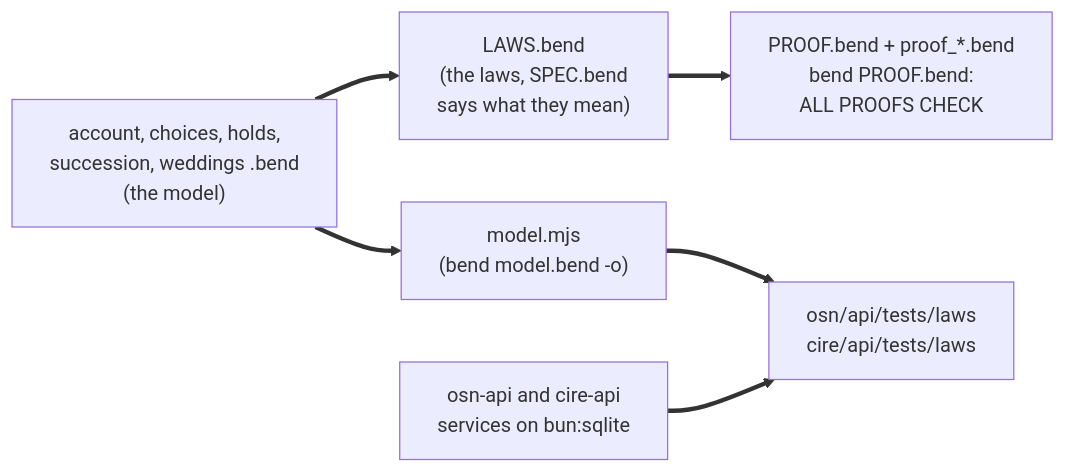
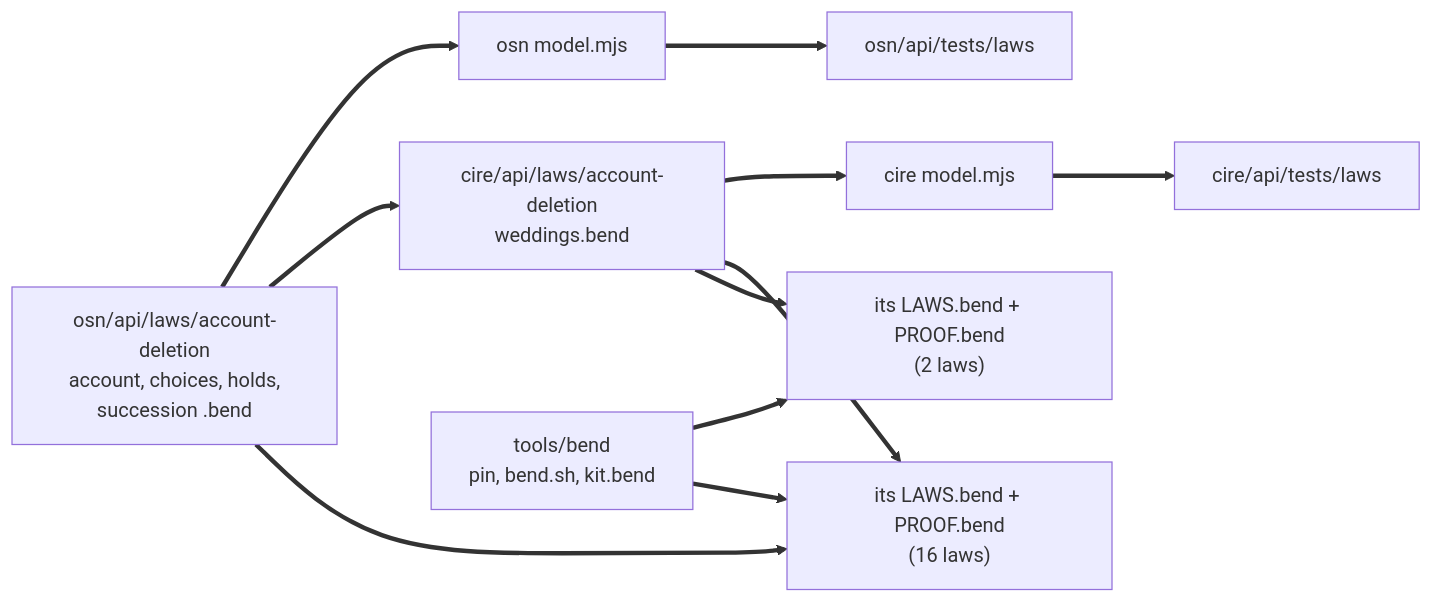
One commit to englishstreetventures/osn changed the diagram in wiki/osn/account-deletion-laws.md. Above: the diagram before and after it, drawn with Mermaid. The commit also changed other lines of this file and 4 other files, not shown here.

````diff
--- a/wiki/osn/account-deletion-laws.md
+++ b/wiki/osn/account-deletion-laws.md
@@ -22,8 +22,11 @@
 ```mermaid
 flowchart LR
-  M["account, choices, holds,<br/>succession, weddings .bend<br/>(the model)"] ==> L["LAWS.bend<br/>(the laws, SPEC.bend<br/>says what they mean)"]
-  L ==> P["PROOF.bend + proof_*.bend<br/>bend PROOF.bend:<br/>ALL PROOFS CHECK"]
-  M ==> J["model.mjs<br/>(bend model.bend -o)"]
-  J ==> T["osn/api/tests/laws<br/>cire/api/tests/laws"]
-  C["osn-api and cire-api<br/>services on bun:sqlite"] ==> T
+  O["osn/api/laws/account-deletion<br/>account, choices, holds,<br/>succession .bend"] ==> OL["its LAWS.bend + PROOF.bend<br/>(16 laws)"]
+  W["cire/api/laws/account-deletion<br/>weddings.bend"] ==> WL["its LAWS.bend + PROOF.bend<br/>(2 laws)"]
+  W ==> OL
+  O ==> W
+  O ==> OM["osn model.mjs"] ==> OT["osn/api/tests/laws"]
+  W ==> WM["cire model.mjs"] ==> WT["cire/api/tests/laws"]
+  K["tools/bend<br/>pin, bend.sh, kit.bend"] ==> OL
+  K ==> WL
 ```
````
